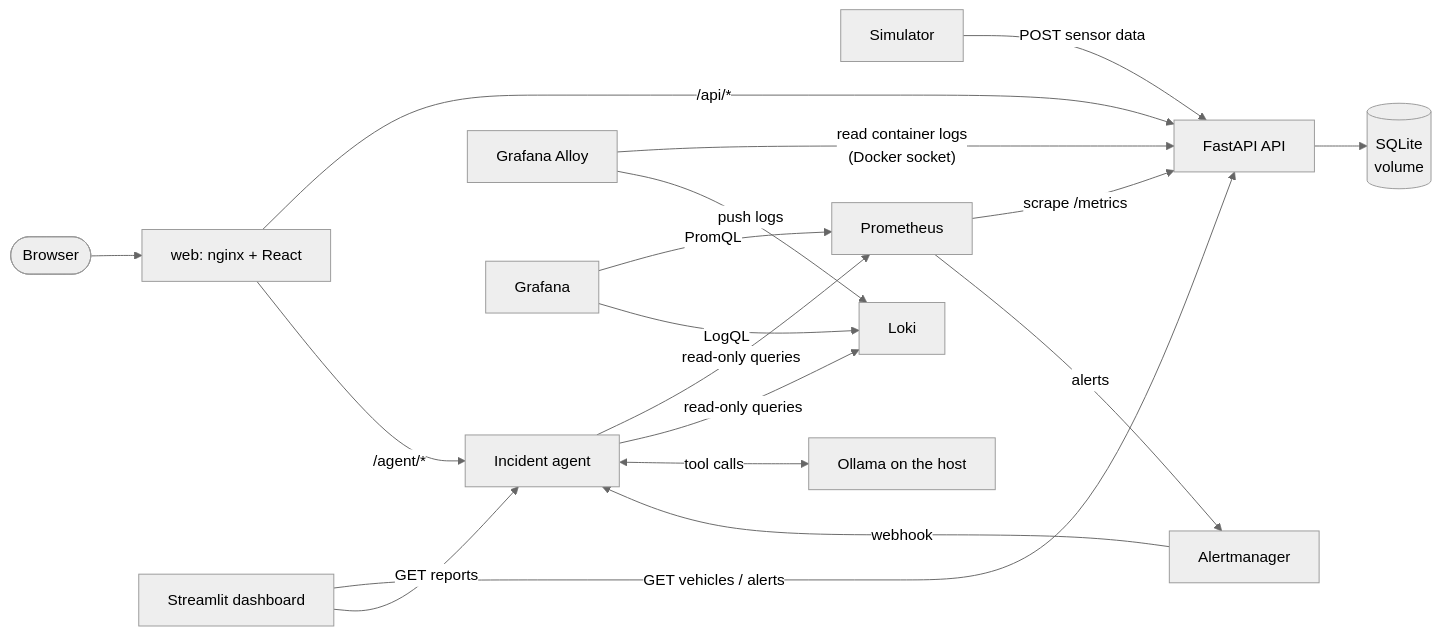
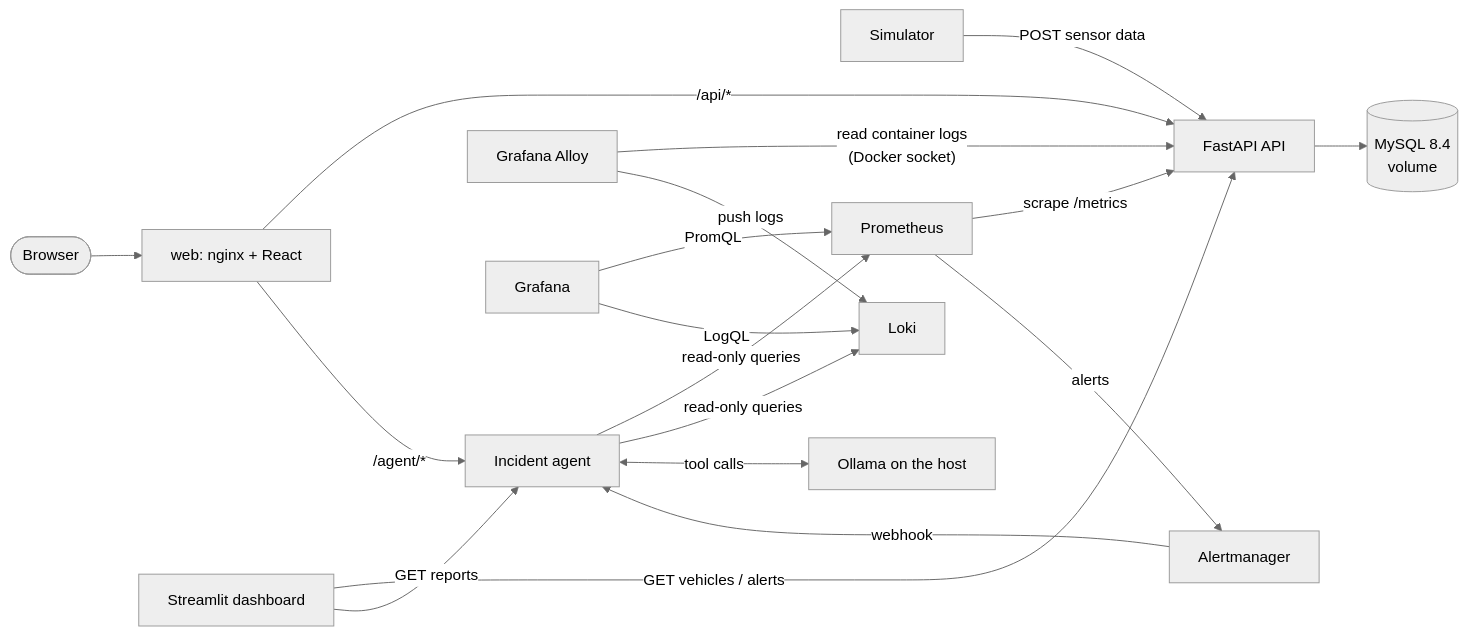
Before and after one commit to Ilsuyuksel133/smart-fleet: the first of 4 diagrams in README.md, drawn with Mermaid (neutral theme). The commit also changed other lines of this file and 1 other file, not shown here.

Commit message:
Document MySQL and Alembic; add a database runbook section

````diff
--- a/README.md
+++ b/README.md
@@ -9,20 +9,20 @@
 ```mermaid
 flowchart LR
     browser([Browser]) --> web[web: nginx + React]
     web -- "/api/*" --> api
     web -- "/agent/*" --> agent
     sim[Simulator] -- "POST sensor data" --> api[FastAPI API]
     dash[Streamlit dashboard] -- "GET vehicles / alerts" --> api
-    api --> db[(SQLite<br/>volume)]
+    api --> db[(MySQL 8.4<br/>volume)]
     prom[Prometheus] -- "scrape /metrics" --> api
     alloy[Grafana Alloy] -- "read container logs<br/>(Docker socket)" --> api
     alloy -- "push logs" --> loki[Loki]
     graf[Grafana] -- "PromQL" --> prom
     graf -- "LogQL" --> loki
     prom -- "alerts" --> am[Alertmanager]
     am -- "webhook" --> agent[Incident agent]
     agent -- "read-only queries" --> prom
     agent -- "read-only queries" --> loki
     agent <-- "tool calls" --> ollama[Ollama on the host]
     dash -- "GET reports" --> agent
 ```
````
